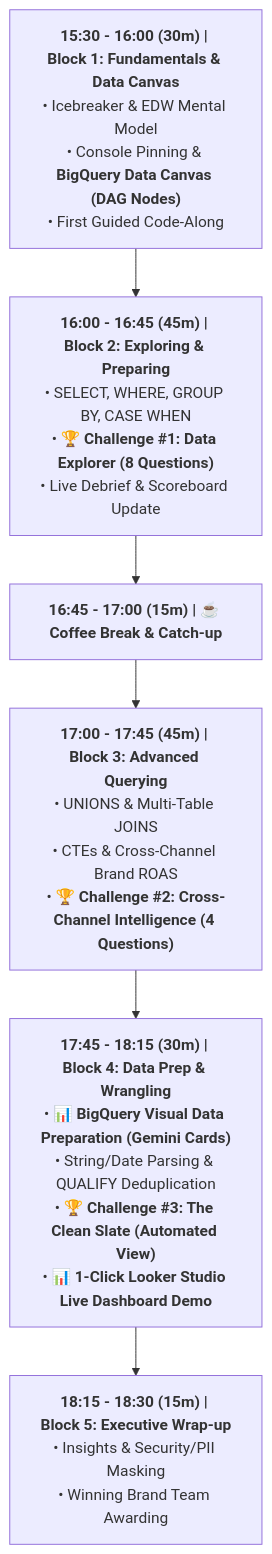
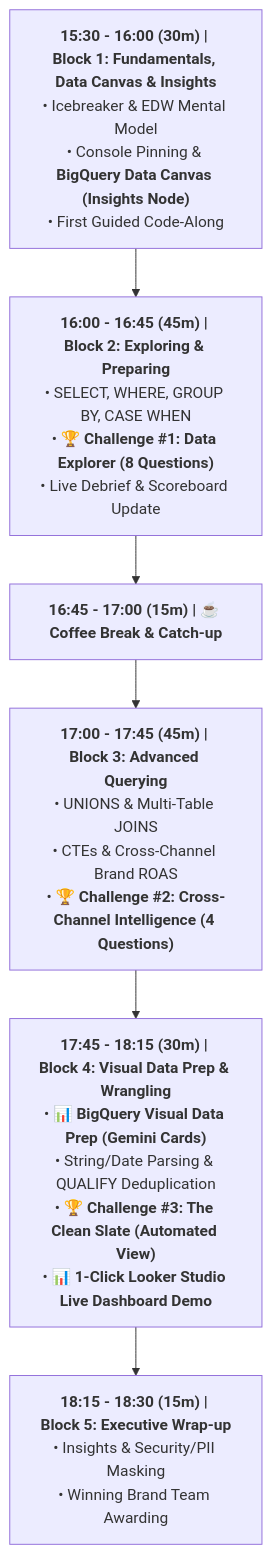
Before and after one commit to mauripsale/luxottica-bigquery-training: the diagram in instructor_guide.md, drawn with Mermaid. The commit also changed other lines of this file and 4 other files, not shown here.

Commit message:
Add BigQuery Data Canvas Insights Node features into 3-hour Luxottica training package

````diff
--- a/instructor_guide.md
+++ b/instructor_guide.md
@@ -15,8 +15,8 @@
 ```mermaid
 flowchart TD
-    Block1["<b>15:30 - 16:00 (30m) | Block 1: Fundamentals & Data Canvas</b><br/>• Icebreaker & EDW Mental Model<br/>• Console Pinning & <b>BigQuery Data Canvas (DAG Nodes)</b><br/>• First Guided Code-Along"] --> Block2["<b>16:00 - 16:45 (45m) | Block 2: Exploring & Preparing</b><br/>• SELECT, WHERE, GROUP BY, CASE WHEN<br/>• 🏆 <b>Challenge #1: Data Explorer (8 Questions)</b><br/>• Live Debrief & Scoreboard Update"]
+    Block1["<b>15:30 - 16:00 (30m) | Block 1: Fundamentals, Data Canvas & Insights</b><br/>• Icebreaker & EDW Mental Model<br/>• Console Pinning & <b>BigQuery Data Canvas (Insights Node)</b><br/>• First Guided Code-Along"] --> Block2["<b>16:00 - 16:45 (45m) | Block 2: Exploring & Preparing</b><br/>• SELECT, WHERE, GROUP BY, CASE WHEN<br/>• 🏆 <b>Challenge #1: Data Explorer (8 Questions)</b><br/>• Live Debrief & Scoreboard Update"]
     Block2 --> Break["<b>16:45 - 17:00 (15m) | ☕ Coffee Break & Catch-up</b>"]
     Break --> Block3["<b>17:00 - 17:45 (45m) | Block 3: Advanced Querying</b><br/>• UNIONS & Multi-Table JOINS<br/>• CTEs & Cross-Channel Brand ROAS<br/>• 🏆 <b>Challenge #2: Cross-Channel Intelligence (4 Questions)</b>"]
-    Block3 --> Block4["<b>17:45 - 18:15 (30m) | Block 4: Data Prep & Wrangling</b><br/>• 📊 <b>BigQuery Visual Data Preparation (Gemini Cards)</b><br/>• String/Date Parsing & QUALIFY Deduplication<br/>• 🏆 <b>Challenge #3: The Clean Slate (Automated View)</b><br/>• 📊 <b>1-Click Looker Studio Live Dashboard Demo</b>"]
+    Block3 --> Block4["<b>17:45 - 18:15 (30m) | Block 4: Visual Data Prep & Wrangling</b><br/>• 📊 <b>BigQuery Visual Data Prep (Gemini Cards)</b><br/>• String/Date Parsing & QUALIFY Deduplication<br/>• 🏆 <b>Challenge #3: The Clean Slate (Automated View)</b><br/>• 📊 <b>1-Click Looker Studio Live Dashboard Demo</b>"]
     Block4 --> Block5["<b>18:15 - 18:30 (15m) | Block 5: Executive Wrap-up</b><br/>• Insights & Security/PII Masking<br/>• Winning Brand Team Awarding"]
 ```
````
